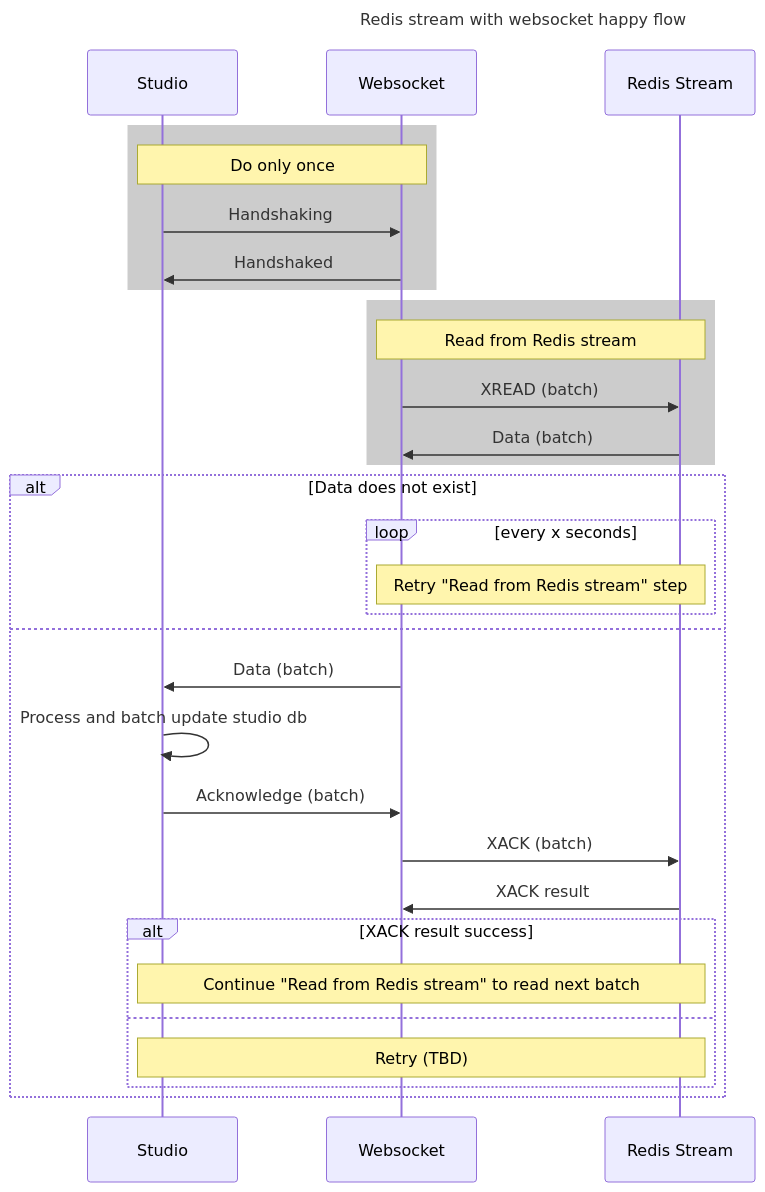
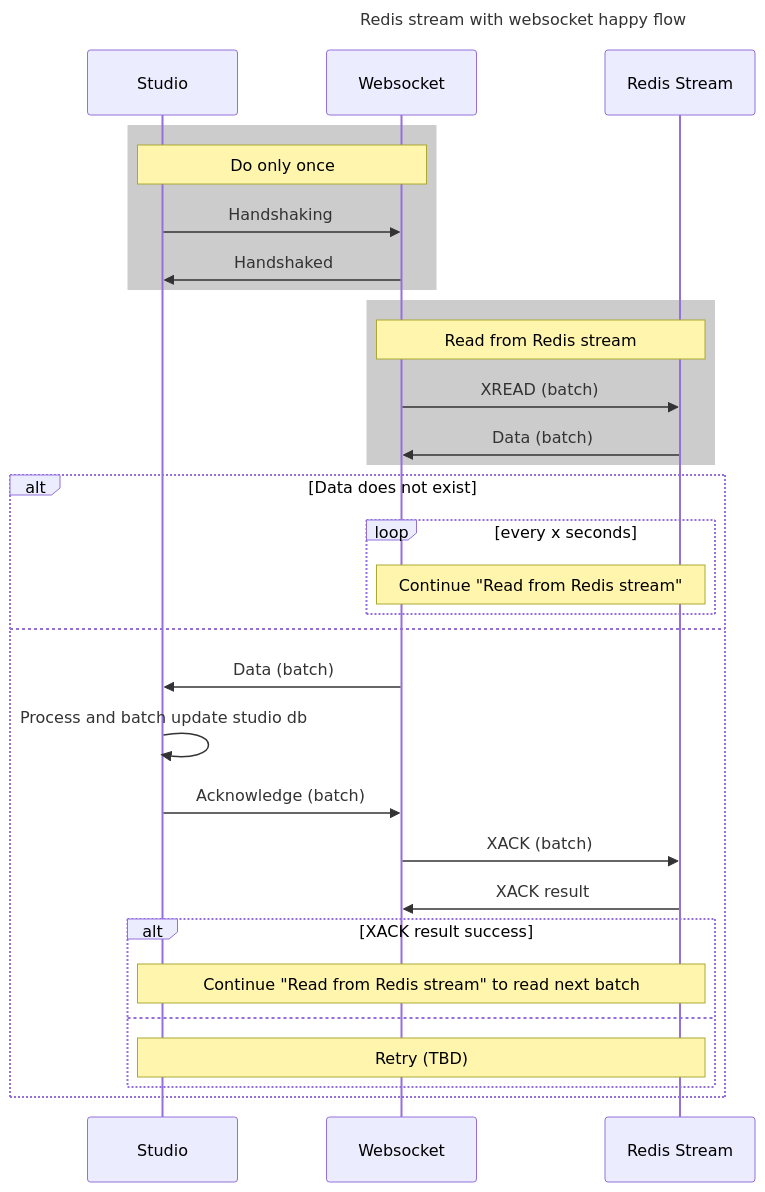
The diagram in flow.md (gutakk/redis-stream-test), drawn with Mermaid before and after one commit.

Commit message:
Update flow

````diff
--- a/flow.md
+++ b/flow.md
@@ -1,38 +1,38 @@
 ```mermaid
 sequenceDiagram
   title: Redis stream with websocket happy flow
 
   participant S as Studio
   participant W as Websocket
   Participant R as Redis Stream
 
   rect rgba(0, 0, 0, 0.2)
     Note over S,W: Do only once
     S->>W: Handshaking
     W->>S: Handshaked
   end
 
   rect rgba(0, 0, 0, 0.2)
     Note over W,R: Read from Redis stream
     W->>R: XREAD (batch)
     R->>W: Data (batch)
   end
 
   alt Data does not exist
     loop every x seconds
-      Note over W,R: Retry "Read from Redis stream" step
+      Note over W,R: Continue "Read from Redis stream"
     end
   else
     W->>S: Data (batch)
     S->>S: Process and batch update studio db
     S->>W: Acknowledge (batch)
     W->>R: XACK (batch)
     R->>W: XACK result
 
     alt XACK result success
       Note over S,R: Continue "Read from Redis stream" to read next batch
     else
       Note over S,R: Retry (TBD)
     end
   end
 ```
````
